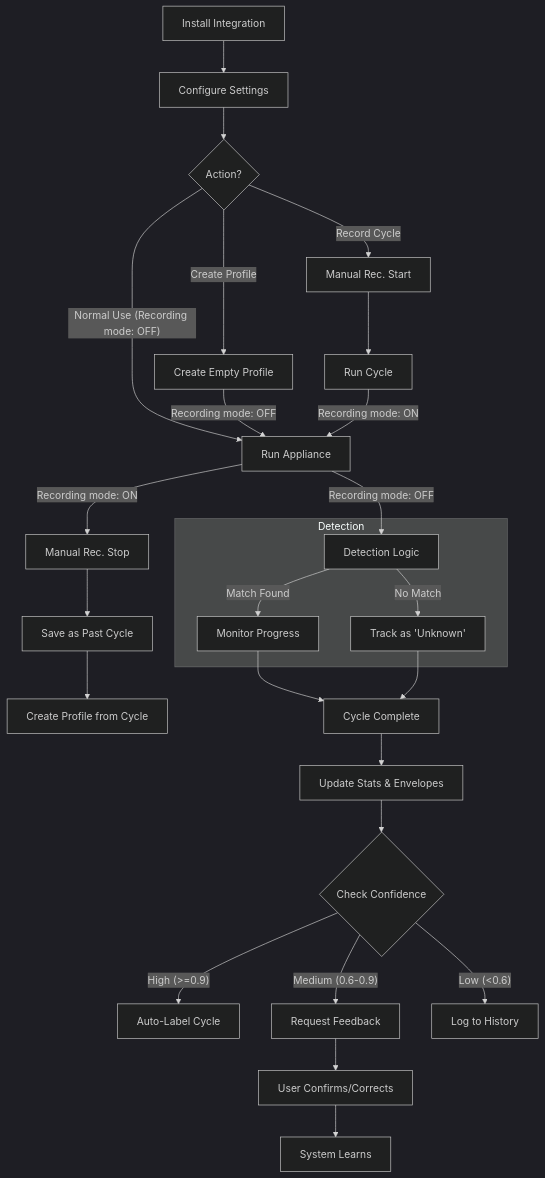
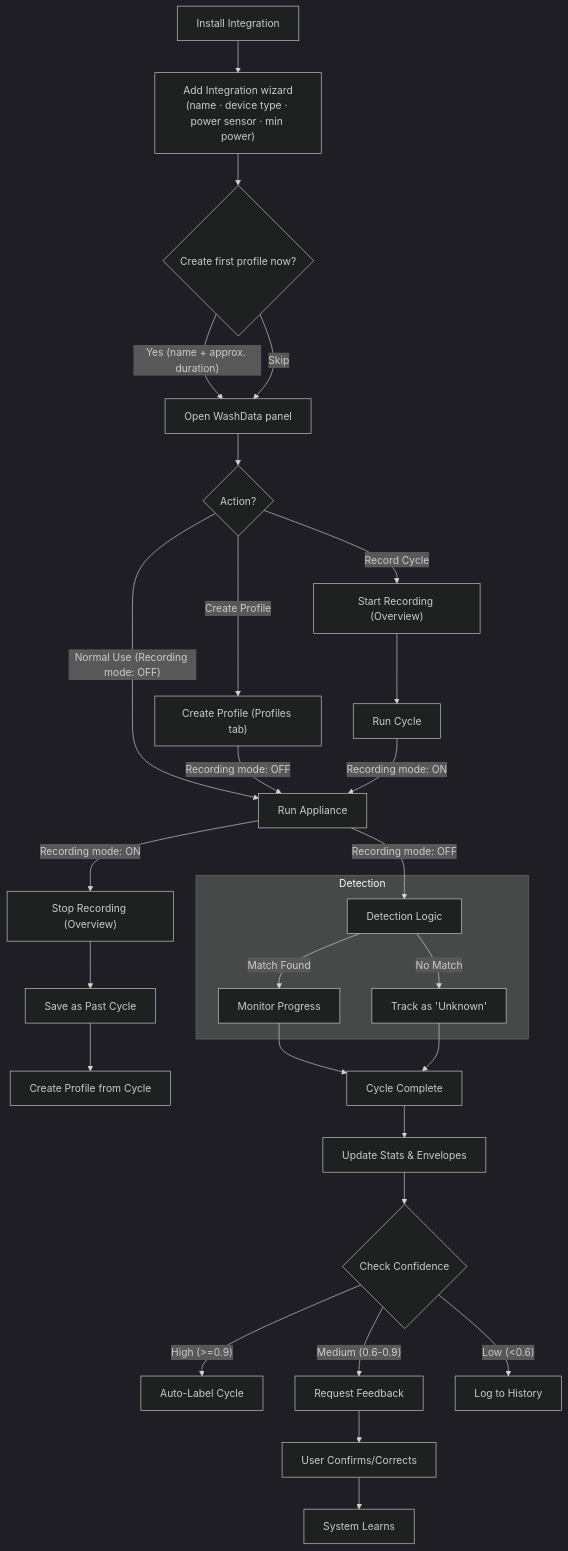
Before and after one commit to 3dg1luk43/ha_washdata: the first of 7 diagrams in IMPLEMENTATION.md, drawn with Mermaid (dark theme). The commit also changed other lines of this file and 1 other file, not shown here.

Commit message:
feat: update installation instructions and enhance user journey flow in documentation

````diff
--- a/IMPLEMENTATION.md
+++ b/IMPLEMENTATION.md
@@ -34,38 +34,41 @@
 ```mermaid
 graph TD
-    A[Install Integration] --> B[Configure Settings]
-    B --> C{Action?}
+    A[Install Integration] --> B["Add Integration wizard<br/>(name · device type · power sensor · min power)"]
+    B --> B2{"Create first profile now?"}
+    B2 -- "Yes (name + approx. duration)" --> W[Open WashData panel]
+    B2 -- "Skip" --> W
+    W --> C{Action?}
     
-    C -- "Create Profile" --> D["Create Empty Profile"]
-    C -- "Record Cycle" --> E["Manual Rec. Start"]
+    C -- "Create Profile" --> D["Create Profile (Profiles tab)"]
+    C -- "Record Cycle" --> E["Start Recording (Overview)"]
     C -- "Normal Use (Recording mode: OFF)" -->  F["Run Appliance"]
     
     D -- "Recording mode: OFF" -->  F
     
     E --> G[Run Cycle]
     G -- "Recording mode: ON" --> F
-    F -- "Recording mode: ON" -->  H["Manual Rec. Stop"]
+    F -- "Recording mode: ON" -->  H["Stop Recording (Overview)"]
     H --> I[Save as Past Cycle]
     I --> J[Create Profile from Cycle]
 
     
     F -- "Recording mode: OFF" -->  K[Detection Logic]
     
     subgraph Detection
     K -- "Match Found" --> L[Monitor Progress]
     K -- "No Match" --> M["Track as 'Unknown'"]
     end
     
     L --> N[Cycle Complete]
     M --> N
     
     N --> O[Update Stats & Envelopes]
     O --> P{Check Confidence}
     
     P -- "High (>=0.9)" --> Q[Auto-Label Cycle]
     P -- "Medium (0.6-0.9)" --> R[Request Feedback]
     P -- "Low (<0.6)" --> S[Log to History]
     
     R --> T["User Confirms/Corrects"]
     T --> U["System Learns"]
 ```
````
